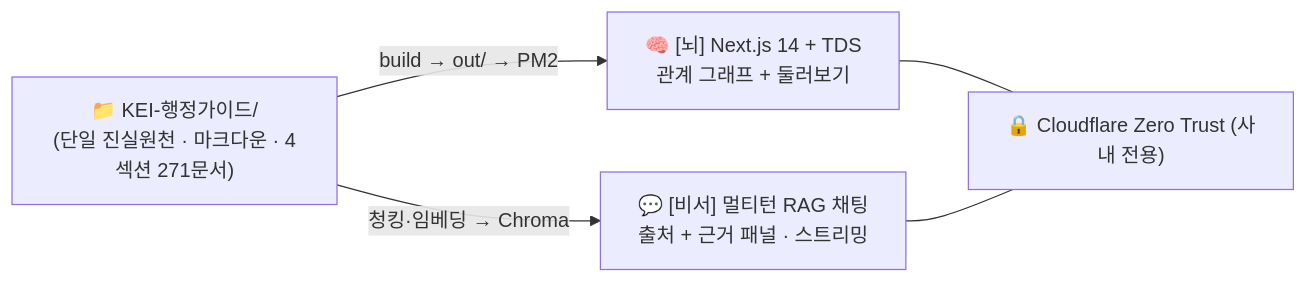
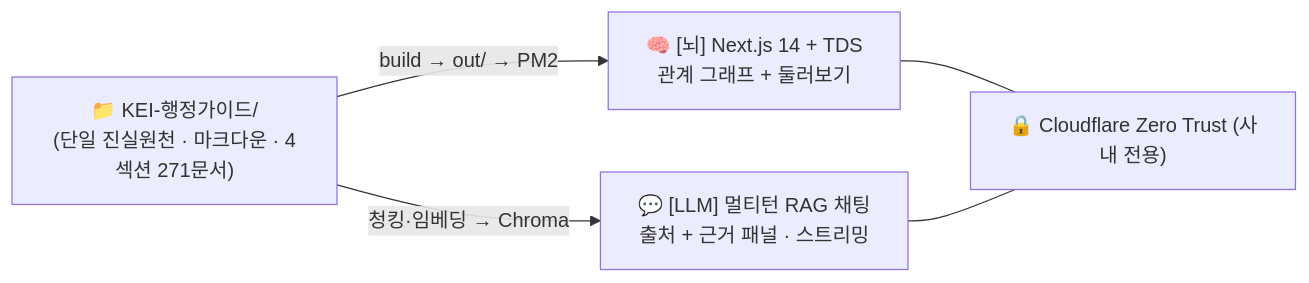
The diagram in docs/README.md (mooner92/KEIAdminSuperv), drawn with Mermaid before and after one commit. The commit also changed other lines of this file and 50 other files, not shown here.

````diff
--- a/docs/README.md
+++ b/docs/README.md
@@ -11,8 +11,8 @@
 ```mermaid
 flowchart LR
     Vault["📁 KEI-행정가이드/<br/>(단일 진실원천 · 마크다운 · 4섹션 271문서)"]
     Vault -->|build → out/ → PM2| Brain["🧠 [뇌] Next.js 14 + TDS<br/>관계 그래프 + 둘러보기"]
-    Vault -->|청킹·임베딩 → Chroma| Assistant["💬 [비서] 멀티턴 RAG 채팅<br/>출처 + 근거 패널 · 스트리밍"]
+    Vault -->|청킹·임베딩 → Chroma| Assistant["💬 [LLM] 멀티턴 RAG 채팅<br/>출처 + 근거 패널 · 스트리밍"]
     Brain --- ZeroTrust["🔒 Cloudflare Zero Trust (사내 전용)"]
     Assistant --- ZeroTrust
 ```
````
